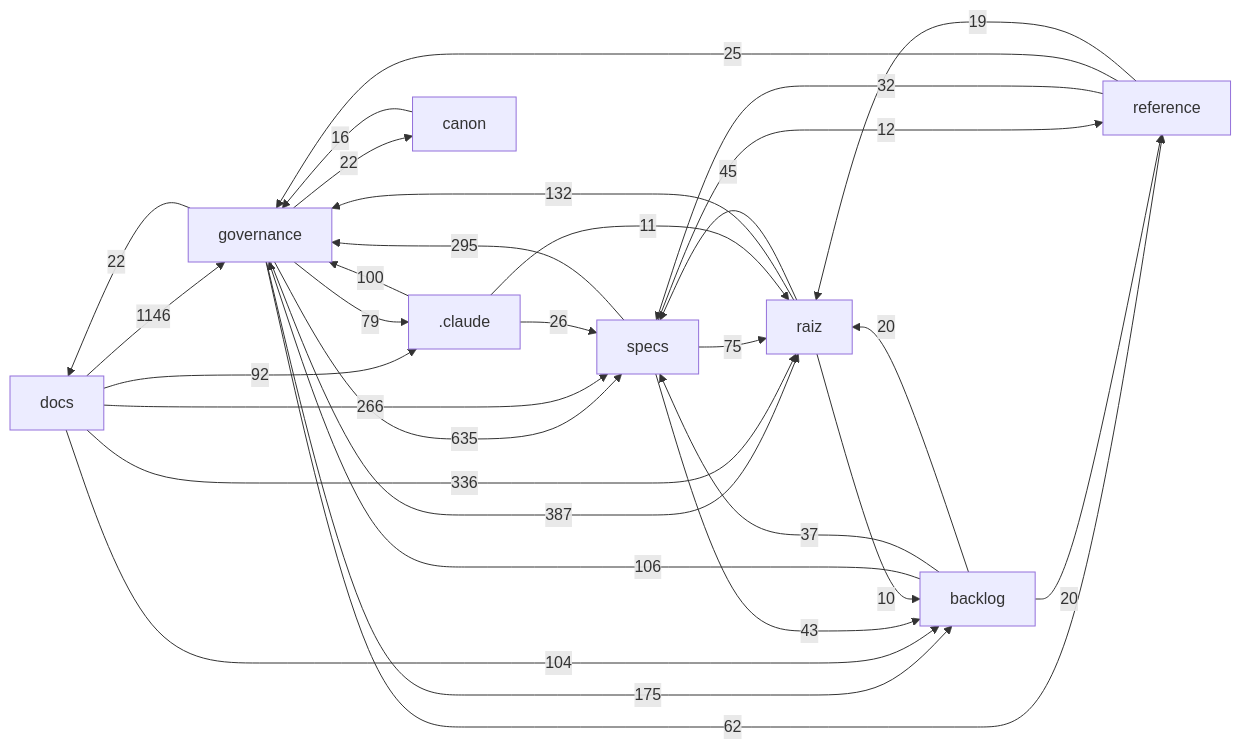
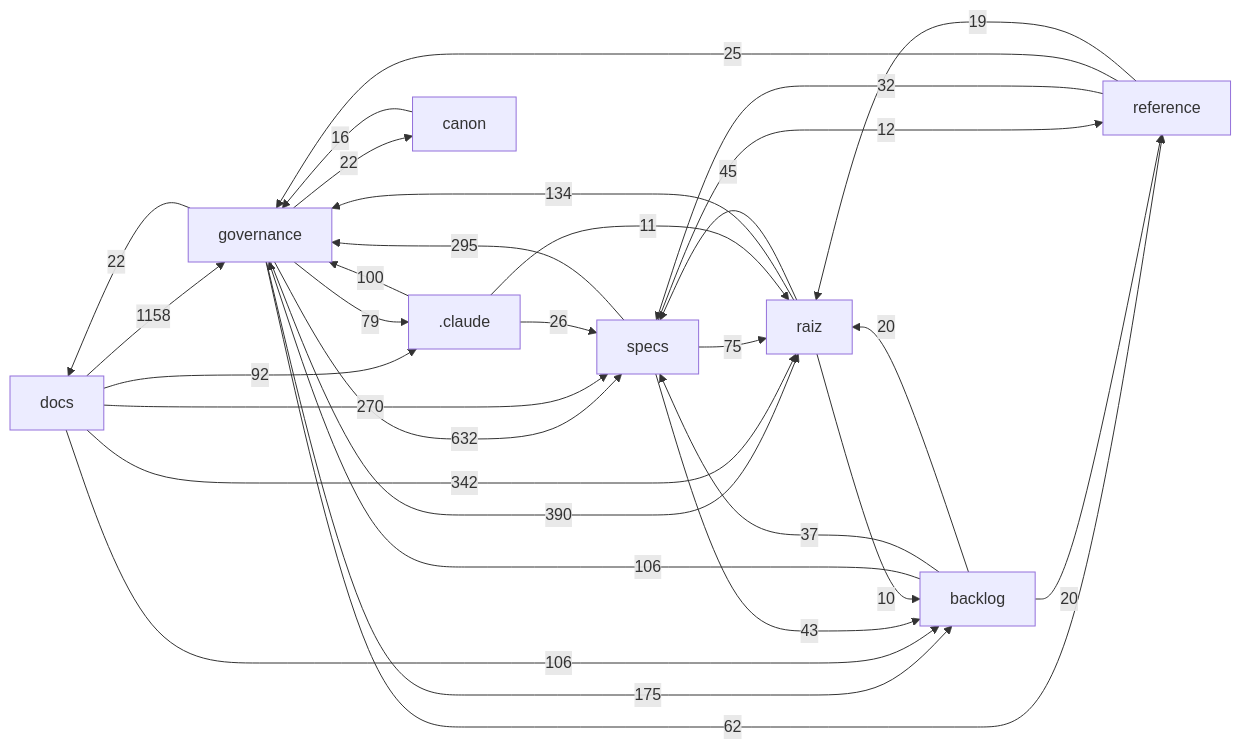
The diagram in docs/mapa/MAPA-PROJETO.md (Andraus35/Sistema-Operacional-de-Trading--SOT), drawn with Mermaid before and after one commit. The commit also changed other lines of this file and 16 other files, not shown here.

````diff
--- a/docs/mapa/MAPA-PROJETO.md
+++ b/docs/mapa/MAPA-PROJETO.md
@@ -29,33 +29,33 @@
 ```mermaid
 flowchart LR
-  docs["docs"] -->|1146| governance["governance"]
-  governance["governance"] -->|635| specs["specs"]
-  governance["governance"] -->|387| raiz["raiz"]
-  docs["docs"] -->|336| raiz["raiz"]
+  docs["docs"] -->|1158| governance["governance"]
+  governance["governance"] -->|632| specs["specs"]
+  governance["governance"] -->|390| raiz["raiz"]
+  docs["docs"] -->|342| raiz["raiz"]
   specs["specs"] -->|295| governance["governance"]
-  docs["docs"] -->|266| specs["specs"]
+  docs["docs"] -->|270| specs["specs"]
   governance["governance"] -->|175| backlog["backlog"]
-  raiz["raiz"] -->|132| governance["governance"]
+  raiz["raiz"] -->|134| governance["governance"]
   backlog["backlog"] -->|106| governance["governance"]
-  docs["docs"] -->|104| backlog["backlog"]
+  docs["docs"] -->|106| backlog["backlog"]
   _claude[".claude"] -->|100| governance["governance"]
   docs["docs"] -->|92| _claude[".claude"]
   governance["governance"] -->|79| _claude[".claude"]
   specs["specs"] -->|75| raiz["raiz"]
   governance["governance"] -->|62| reference["reference"]
   raiz["raiz"] -->|45| specs["specs"]
   specs["specs"] -->|43| backlog["backlog"]
   backlog["backlog"] -->|37| specs["specs"]
   reference["reference"] -->|32| specs["specs"]
   _claude[".claude"] -->|26| specs["specs"]
   reference["reference"] -->|25| governance["governance"]
   governance["governance"] -->|22| docs["docs"]
   governance["governance"] -->|22| canon["canon"]
   backlog["backlog"] -->|20| raiz["raiz"]
   backlog["backlog"] -->|20| reference["reference"]
   reference["reference"] -->|19| raiz["raiz"]
   canon["canon"] -->|16| governance["governance"]
   specs["specs"] -->|12| reference["reference"]
   _claude[".claude"] -->|11| raiz["raiz"]
   raiz["raiz"] -->|10| backlog["backlog"]
 ```
````
